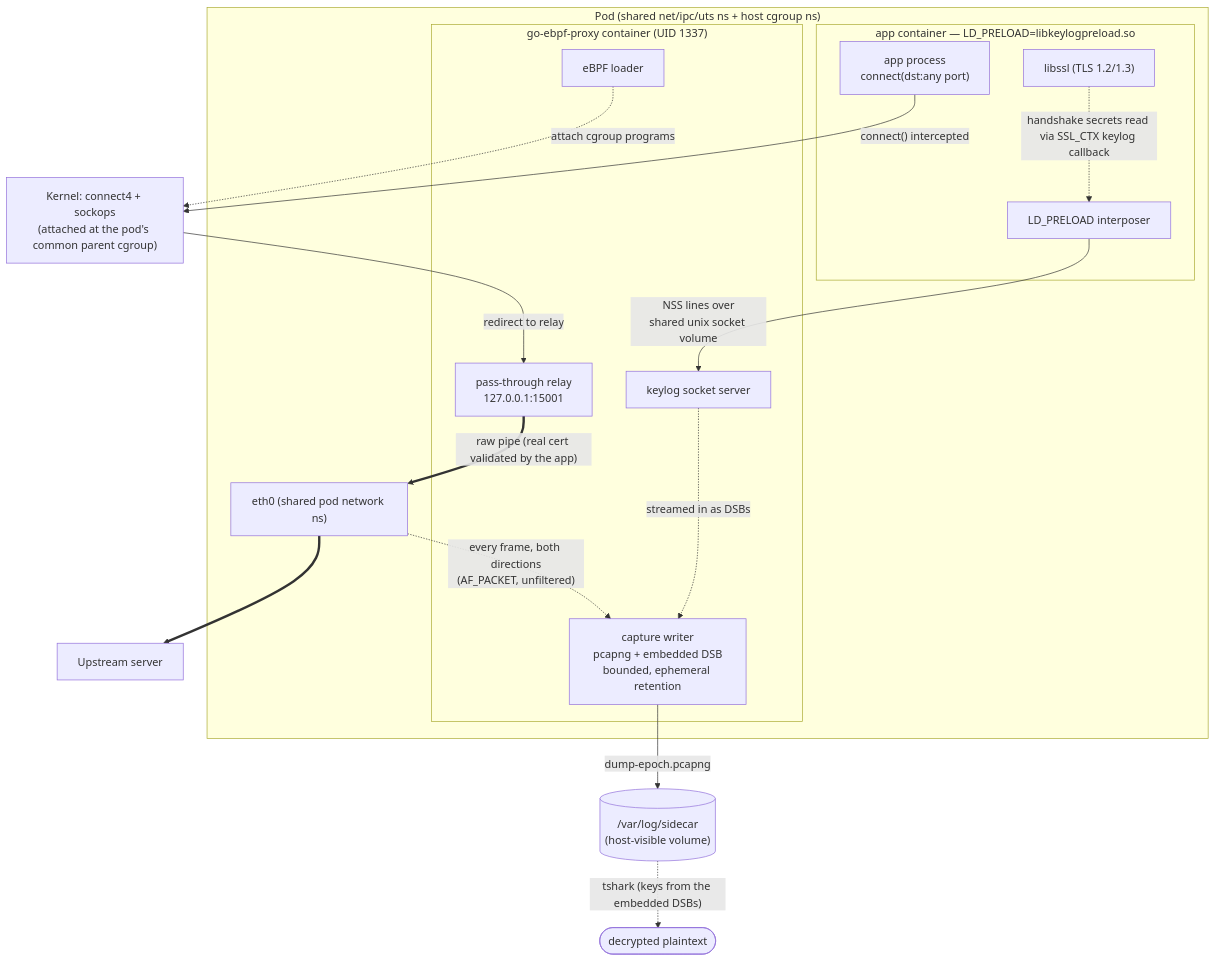
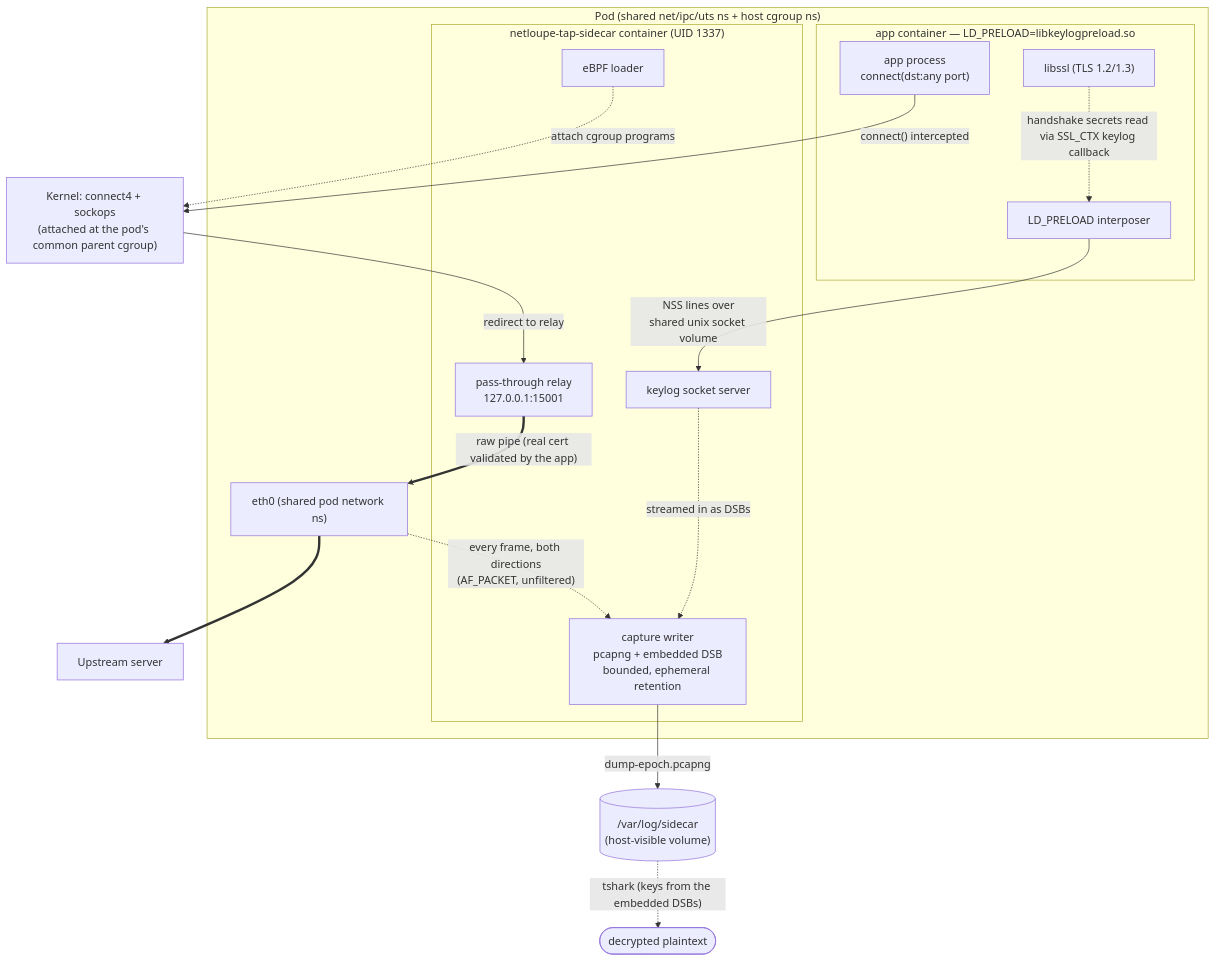
Before and after one commit to mesbrj/GO-eBPF-Proxy: the second of 2 diagrams in README.md, drawn with Mermaid. The commit also changed other lines of this file, not shown here.

First line of the commit message:
docs(readme): rename the project to netloupe-tap

````diff
--- a/README.md
+++ b/README.md
@@ -81,30 +83,30 @@
 ```mermaid
 flowchart TB
     subgraph pod["Pod (shared net/ipc/uts ns + host cgroup ns)"]
         subgraph appc["app container — LD_PRELOAD=libkeylogpreload.so"]
             app["app process<br/>connect(dst:any port)"]
             libssl["libssl (TLS 1.2/1.3)"]
             interposer["LD_PRELOAD interposer"]
         end
-        subgraph sidecar["go-ebpf-proxy container (UID 1337)"]
+        subgraph sidecar["netloupe-tap-sidecar container (UID 1337)"]
             loader["eBPF loader"]
             relay["pass-through relay<br/>127.0.0.1:15001"]
             keylog["keylog socket server"]
             capture["capture writer<br/>pcapng + embedded DSB<br/>bounded, ephemeral retention"]
         end
         eth0["eth0 (shared pod network ns)"]
     end
     kernel["Kernel: connect4 + sockops<br/>(attached at the pod's common parent cgroup)"]
 
     app -- "connect() intercepted" --> kernel
     kernel -- "redirect to relay" --> relay
     libssl -. "handshake secrets read via SSL_CTX keylog callback" .-> interposer
     interposer -- "NSS lines over<br/>shared unix socket volume" --> keylog
     loader -. "attach cgroup programs" .-> kernel
     relay == "raw pipe (real cert validated by the app)" ==> eth0
     eth0 ==> upstream["Upstream server"]
     eth0 -. "every frame, both directions<br/>(AF_PACKET, unfiltered)" .-> capture
     keylog -. "streamed in as DSBs" .-> capture
     capture -- "dump-epoch.pcapng" --> disk[("/var/log/sidecar<br/>(host-visible volume)")]
     disk -. "tshark (keys from the embedded DSBs)" .-> decrypted(["decrypted plaintext"])
 ```
````
